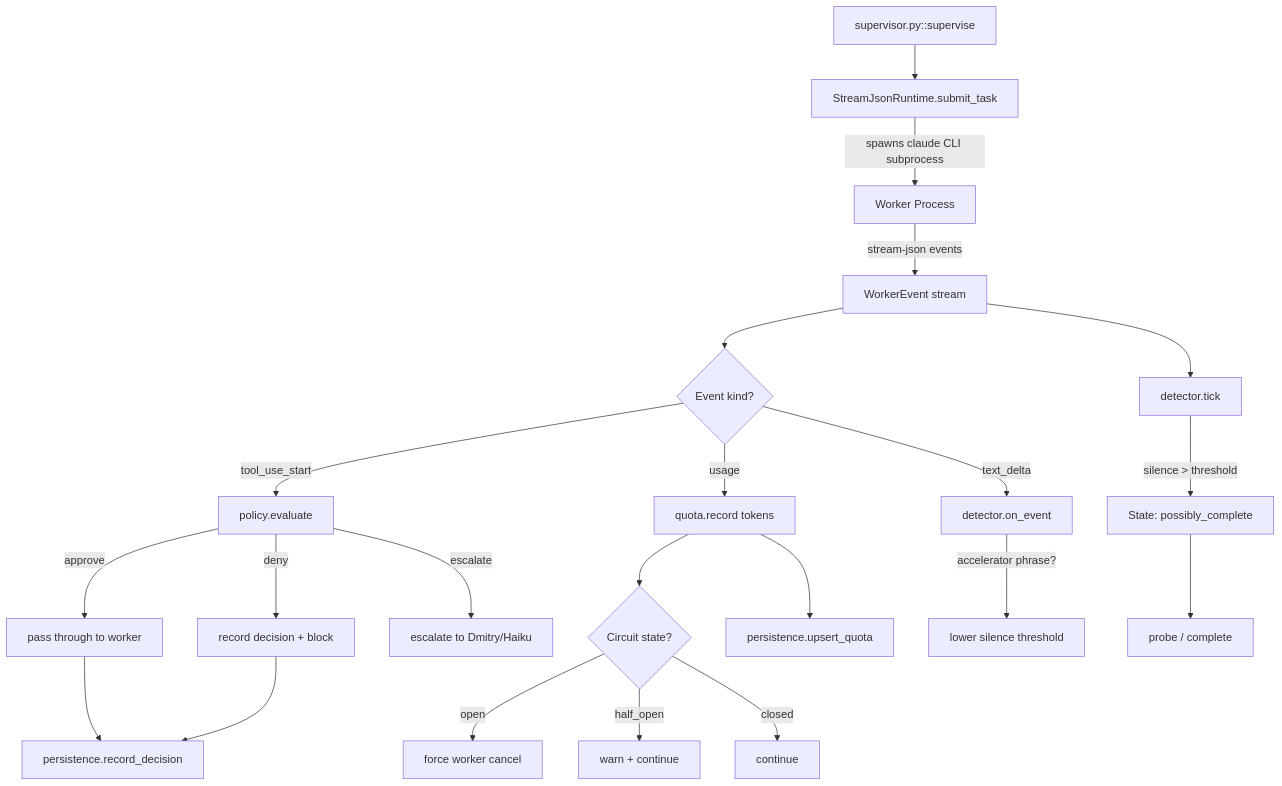
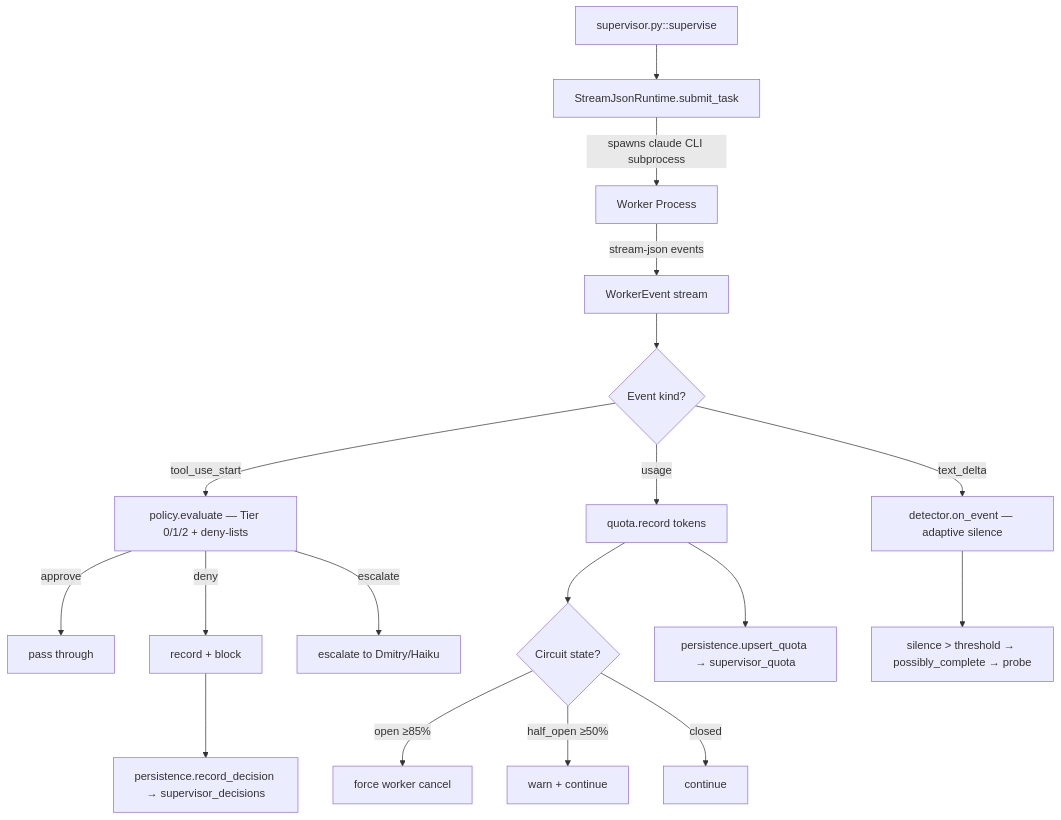
The sixth of 6 diagrams in ARCHITECTURE.md (demetrius2017/claude-booster), drawn with Mermaid before and after one commit. The commit also changed other lines of this file and 1 other file, not shown here.

First line of the commit message:
docs(architecture): update ARCHITECTURE.md + dep_manifest.json via /architecture --update

````diff
--- a/ARCHITECTURE.md
+++ b/ARCHITECTURE.md
@@ -213,28 +278,24 @@
 ```mermaid
 flowchart TD
     A[supervisor.py::supervise] --> B[StreamJsonRuntime.submit_task]
     B -->|spawns claude CLI subprocess| C[Worker Process]
     C -->|stream-json events| D[WorkerEvent stream]
 
     D --> E{Event kind?}
-    E -->|tool_use_start| F[policy.evaluate]
-    F -->|approve| G[pass through to worker]
-    F -->|deny| H[record decision + block]
+    E -->|tool_use_start| F[policy.evaluate — Tier 0/1/2 + deny-lists]
+    F -->|approve| G[pass through]
+    F -->|deny| H[record + block]
     F -->|escalate| I[escalate to Dmitry/Haiku]
 
-    E -->|usage| J[quota.record tokens]
-    J --> K{Circuit state?}
-    K -->|open| L[force worker cancel]
-    K -->|half_open| M[warn + continue]
-    K -->|closed| N[continue]
+    E -->|usage| Jq[quota.record tokens]
+    Jq --> Kq{Circuit state?}
+    Kq -->|open ≥85%| Lq[force worker cancel]
+    Kq -->|half_open ≥50%| Mq[warn + continue]
+    Kq -->|closed| Nq[continue]
 
-    E -->|text_delta| O[detector.on_event]
-    O -->|accelerator phrase?| P[lower silence threshold]
-    D --> Q[detector.tick]
-    Q -->|silence > threshold| R[State: possibly_complete]
-    R --> S[probe / complete]
+    E -->|text_delta| Od[detector.on_event — adaptive silence]
+    Od --> Sd[silence > threshold → possibly_complete → probe]
 
-    H --> T[persistence.record_decision]
-    G --> T
-    J --> U[persistence.upsert_quota]
+    H --> T[persistence.record_decision → supervisor_decisions]
+    Jq --> U[persistence.upsert_quota → supervisor_quota]
 ```
````
